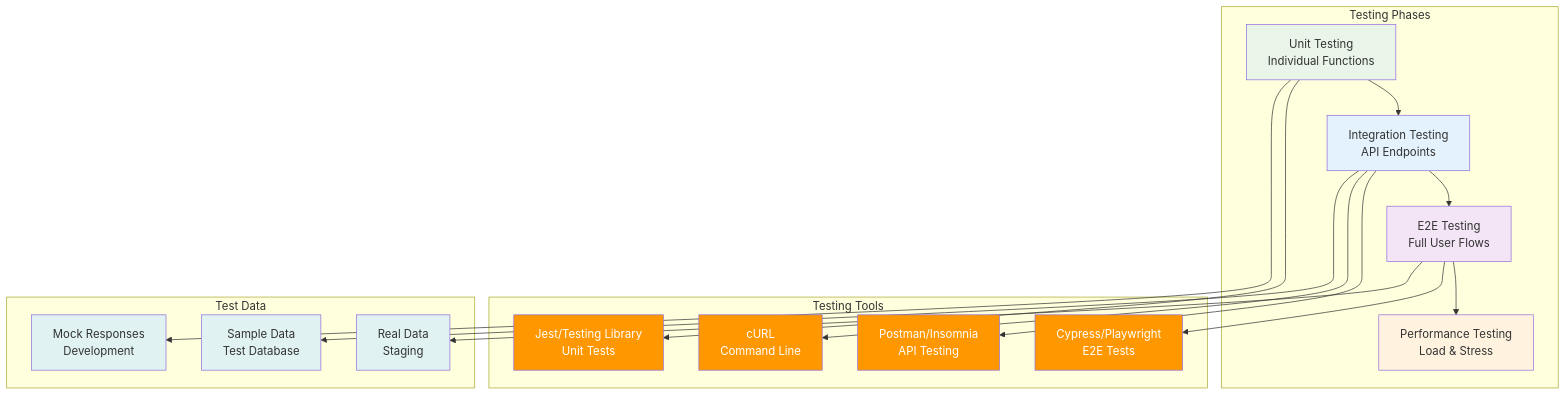
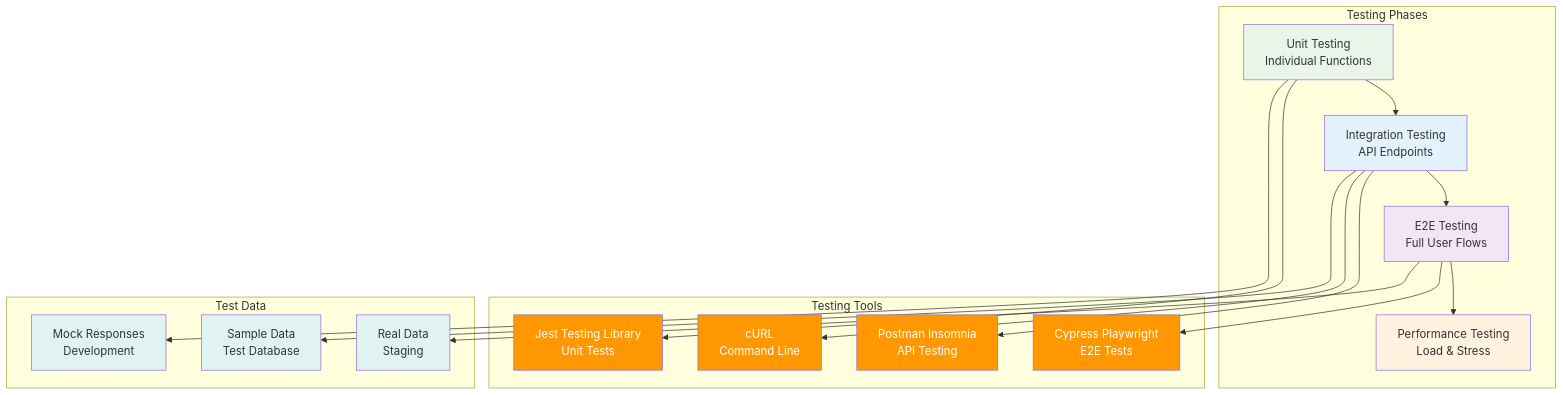
The fourth of 5 diagrams in frontend/docs/API-INTEGRATION.md (dammanhdungvn/teenup), drawn with Mermaid before and after one commit. The commit also changed other lines of this file and 1 other file, not shown here.

````diff
--- a/frontend/docs/API-INTEGRATION.md
+++ b/frontend/docs/API-INTEGRATION.md
@@ -479,45 +479,45 @@
 ```mermaid
 graph TD
     subgraph "Testing Phases"
         T1[Unit Testing<br/>Individual Functions]
         T2[Integration Testing<br/>API Endpoints]
         T3[E2E Testing<br/>Full User Flows]
         T4[Performance Testing<br/>Load & Stress]
     end
     
     subgraph "Testing Tools"
-        TT1[Postman/Insomnia<br/>API Testing]
+        TT1[Postman Insomnia<br/>API Testing]
         TT2[cURL<br/>Command Line]
-        TT3[Jest/Testing Library<br/>Unit Tests]
-        TT4[Cypress/Playwright<br/>E2E Tests]
+        TT3[Jest Testing Library<br/>Unit Tests]
+        TT4[Cypress Playwright<br/>E2E Tests]
     end
     
     subgraph "Test Data"
         TD1[Sample Data<br/>Test Database]
         TD2[Mock Responses<br/>Development]
         TD3[Real Data<br/>Staging]
     end
     
     T1 --> T2
     T2 --> T3
     T3 --> T4
     T1 --> TT3
     T2 --> TT1
     T2 --> TT2
     T3 --> TT4
     T1 --> TD2
     T2 --> TD1
     T3 --> TD3
     
     style T1 fill:#e8f5e8
     style T2 fill:#e3f2fd
     style T3 fill:#f3e5f5
     style T4 fill:#fff3e0
     style TT1 fill:#ff9800,color:#fff
     style TT2 fill:#ff9800,color:#fff
     style TT3 fill:#ff9800,color:#fff
     style TT4 fill:#ff9800,color:#fff
     style TD1 fill:#e0f2f1
     style TD2 fill:#e0f2f1
     style TD3 fill:#e0f2f1
 ```
````
